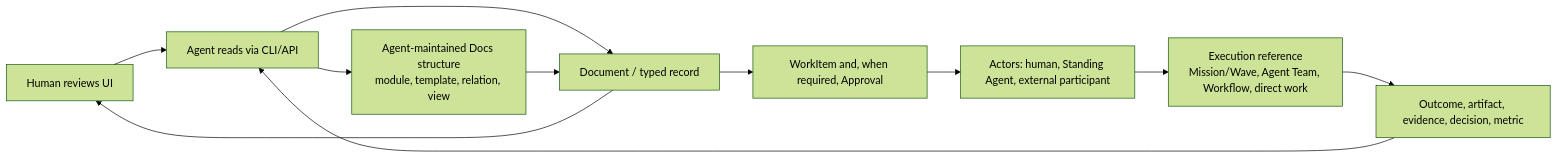
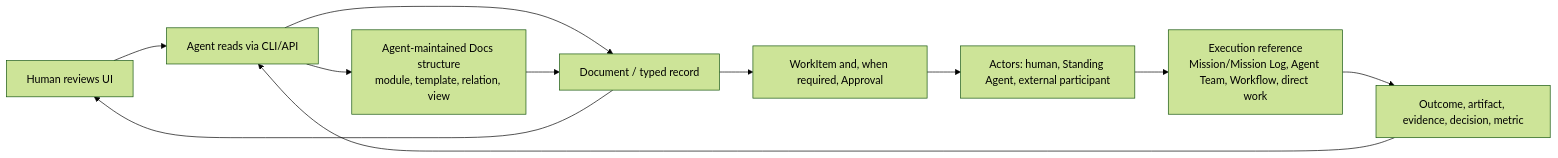
Before and after one commit to cyl19970726/multi-agent-harness: the diagram in docs/company-os/document-system.md, drawn with Mermaid (forest theme). The commit also changed other lines of this file and 3 other files, not shown here.

````diff
--- a/docs/company-os/document-system.md
+++ b/docs/company-os/document-system.md
@@ -77,13 +77,13 @@
 ```mermaid
 flowchart LR
   U["Human reviews UI"] --> C["Agent reads via CLI/API"]
   C --> D["Document / typed record"]
   D --> W["WorkItem and, when required, Approval"]
   W --> A["Actors: human, Standing Agent, external participant"]
-  A --> E["Execution reference\nMission/Wave, Agent Team, Workflow, direct work"]
+  A --> E["Execution reference\nMission/Mission Log, Agent Team, Workflow, direct work"]
   E --> R["Outcome, artifact, evidence, decision, metric"]
   R --> C
   C --> M["Agent-maintained Docs structure\nmodule, template, relation, view"]
   M --> D
   D --> U
 ```
````
